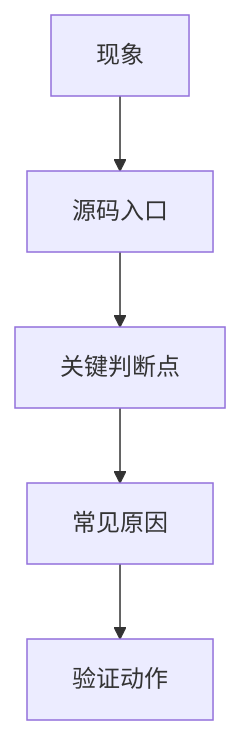
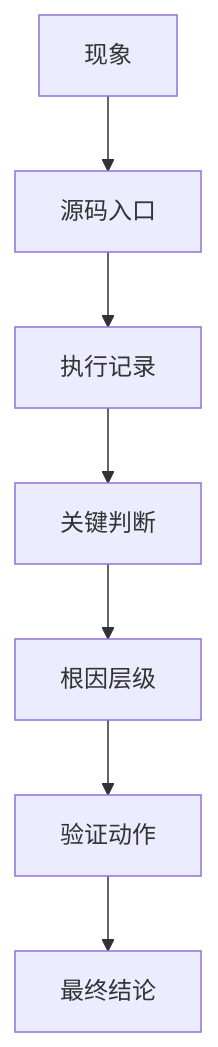
One commit to 2694927131/BT16Study changed the diagram in doc/学习资料/97-真实案例库.md. Above: the diagram before and after it, drawn with Mermaid. The commit also changed other lines of this file and 1 other file, not shown here.

````diff
--- a/doc/学习资料/97-真实案例库.md
+++ b/doc/学习资料/97-真实案例库.md
@@ -9,7 +9,9 @@
 ```mermaid
 flowchart TD
     A["现象"] --> B["源码入口"]
-    B --> C["关键判断点"]
-    C --> D["常见原因"]
-    D --> E["验证动作"]
+    B --> C["执行记录"]
+    C --> D["关键判断"]
+    D --> E["根因层级"]
+    E --> F["验证动作"]
+    F --> G["最终结论"]
 ```
````
